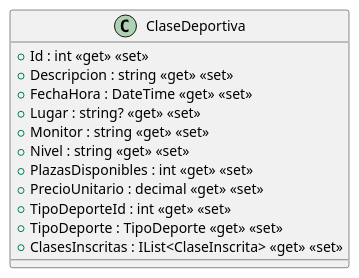
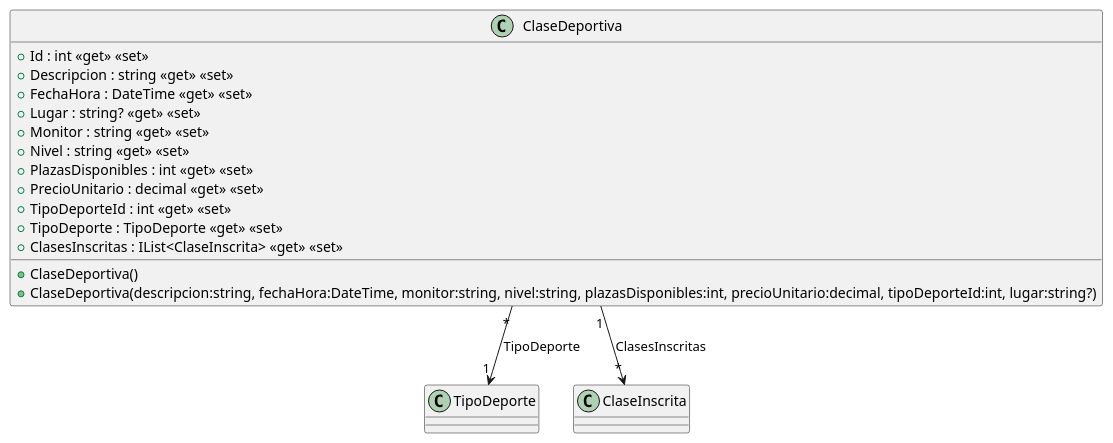
One commit to ISII26-27RJD/ISII2627-RDJ changed the diagram in src/AppForSEII.API/ClassDiagram/ClaseDeportiva.puml. Above: the diagram before and after it, drawn with PlantUML. The commit also changed 16 other files, not shown here.

Commit message:
hecho el CU-ClaseDeportiva y test en migrations

```diff
--- a/src/AppForSEII.API/ClassDiagram/ClaseDeportiva.puml
+++ b/src/AppForSEII.API/ClassDiagram/ClaseDeportiva.puml
@@ -1,15 +1,20 @@
 @startuml
 class ClaseDeportiva {
+    + ClaseDeportiva()
+    + ClaseDeportiva(descripcion:string, fechaHora:DateTime, monitor:string, nivel:string, plazasDisponibles:int, precioUnitario:decimal, tipoDeporteId:int, lugar:string?)
     + Id : int <<get>> <<set>>
     + Descripcion : string <<get>> <<set>>
     + FechaHora : DateTime <<get>> <<set>>
     + Lugar : string? <<get>> <<set>>
     + Monitor : string <<get>> <<set>>
     + Nivel : string <<get>> <<set>>
     + PlazasDisponibles : int <<get>> <<set>>
     + PrecioUnitario : decimal <<get>> <<set>>
     + TipoDeporteId : int <<get>> <<set>>
     + TipoDeporte : TipoDeporte <<get>> <<set>>
     + ClasesInscritas : IList<ClaseInscrita> <<get>> <<set>>
 }
+
+ClaseDeportiva "*" --> "1" TipoDeporte : TipoDeporte
+ClaseDeportiva "1" --> "*" ClaseInscrita : ClasesInscritas
 @enduml
```
